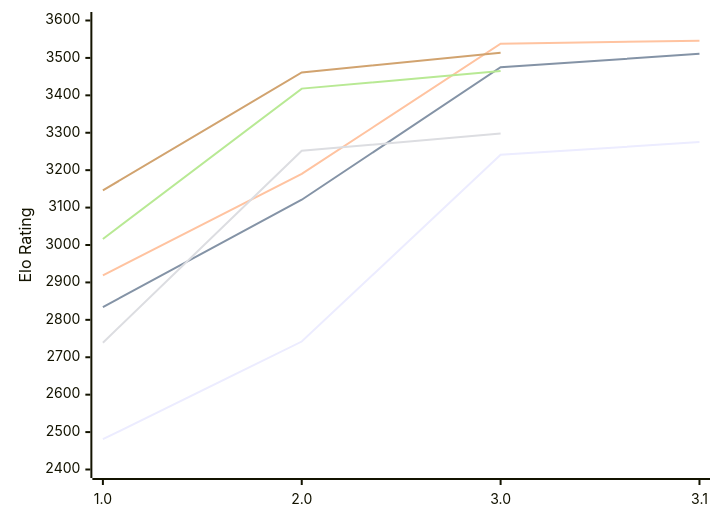
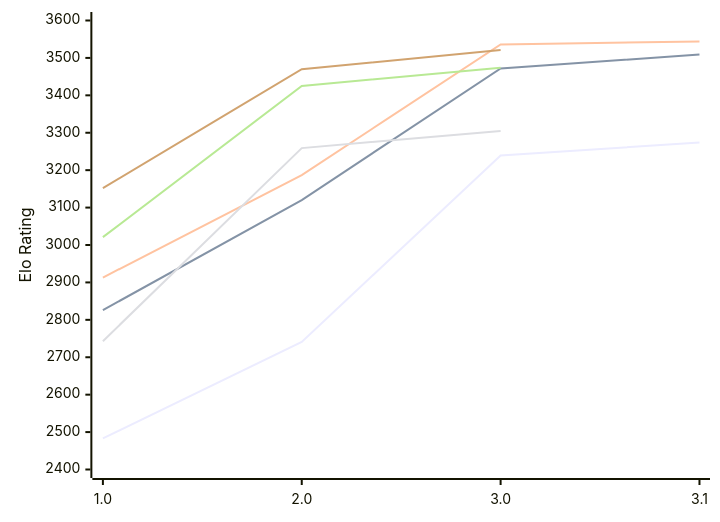
One commit to computer-chess-index/cci changed the diagram in engines/Funcomp.md. Above: the diagram before and after it, drawn with Mermaid. The commit also changed other lines of this file, not shown here.

Commit message:
Update CCI Ratings (ELO VLTC) - 2026-11-23

````diff
--- a/engines/Funcomp.md
+++ b/engines/Funcomp.md
@@ -52,12 +52,12 @@
 ```mermaid
 %%{init: {"theme":"base","themeVariables":{"seriesColors:['#a3a3a3','#222221','#faa371']}}}%%
 xychart-beta
   x-axis ["1.0", "2.0", "3.0", "3.1"]
   y-axis "Elo Rating" 2400 --> 3600
-  line "E1: STC (8.0+0.08s)" [2481, 2742, 3241, 3275]
-  line "E1: LTC (60.0+0.60s)" [2834, 3121, 3475, 3511]
-  line "E1: VLTC (2m24s+1.12s)" [2919, 3190, 3538, 3546]
-  line "P1: STC (8.0+0.08s)" [2739, 3252, 3298]
-  line "P1: LTC (60.0+0.60s)" [3016, 3418, 3465]
-  line "P1: VLTC (2m24s+1.12s)" [3146, 3461, 3514]
+  line "E1: STC (8.0+0.08s)" [2483, 2741, 3239, 3274]
+  line "E1: LTC (60.0+0.60s)" [2826, 3120, 3472, 3509]
+  line "E1: VLTC (2m24s+1.12s)" [2913, 3187, 3536, 3544]
+  line "P1: STC (8.0+0.08s)" [2743, 3259, 3305]
+  line "P1: LTC (60.0+0.60s)" [3021, 3425, 3474]
+  line "P1: VLTC (2m24s+1.12s)" [3152, 3470, 3521]
 ```
````
